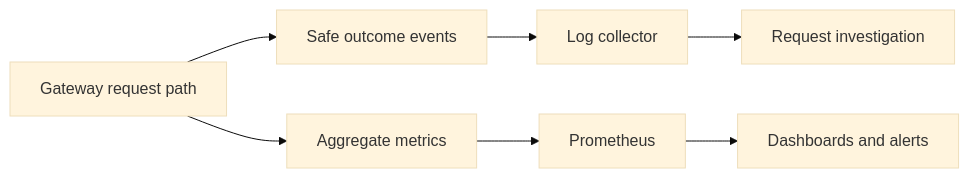
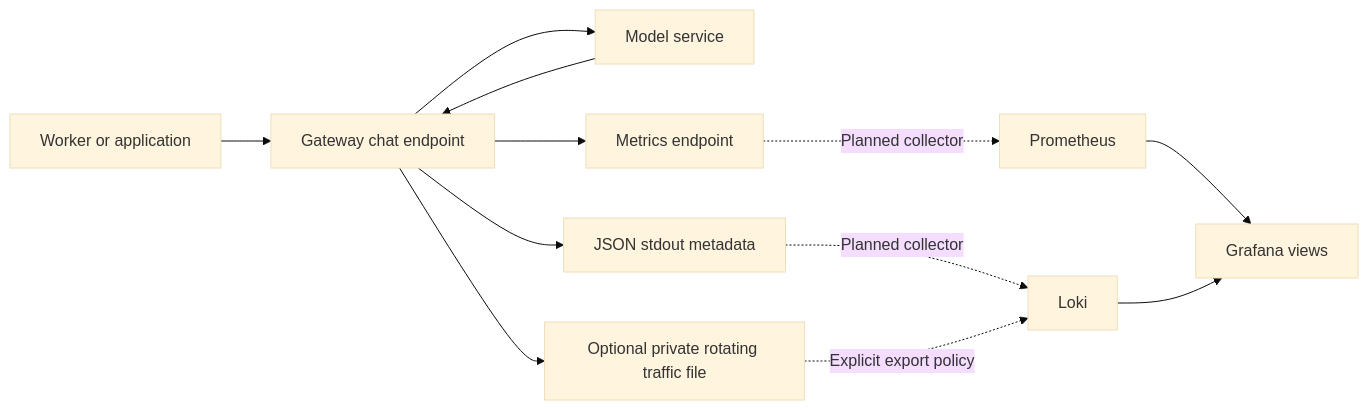
Before and after one commit to m87techlabs/m87-ai-gateway: the diagram in docs/observability.md, drawn with Mermaid (base theme). The commit also changed other lines of this file and 52 other files, not shown here.

````diff
--- a/docs/observability.md
+++ b/docs/observability.md
@@ -27,9 +98,14 @@
 ```mermaid
 flowchart LR
-    Gateway[Gateway request path] --> Events[Safe outcome events]
-    Gateway --> Metrics[Aggregate metrics]
-    Events --> Collector[Log collector]
-    Metrics --> Prometheus[Prometheus]
-    Collector --> Investigation[Request investigation]
-    Prometheus --> Grafana[Dashboards and alerts]
+    App[Worker or application] --> Gateway[Gateway chat endpoint]
+    Gateway --> Provider[Model service]
+    Provider --> Gateway
+    Gateway --> Metadata[JSON stdout metadata]
+    Gateway --> Private[Optional private rotating traffic file]
+    Gateway --> Metrics[Metrics endpoint]
+    Metrics -. Planned collector .-> Prometheus[Prometheus]
+    Metadata -. Planned collector .-> Loki[Loki]
+    Private -. Explicit export policy .-> Loki
+    Prometheus --> Grafana[Grafana views]
+    Loki --> Grafana
 ```
````
